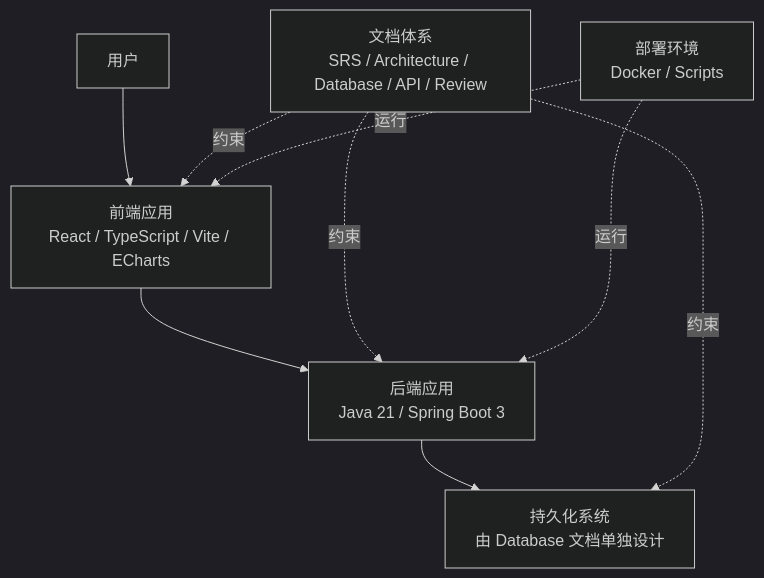
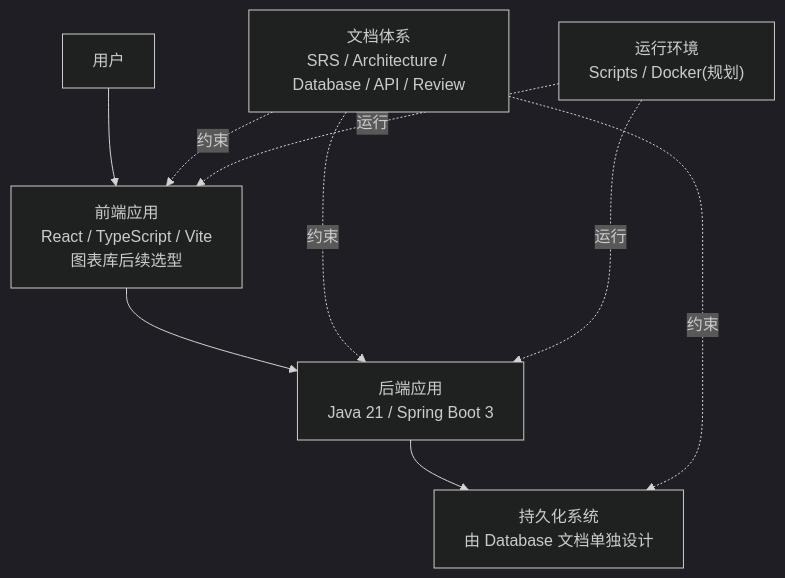
Before and after one commit to qianlixunbai/Personal-Finance-OS: the first of 3 diagrams in docs/03-Architecture/Architecture.md, drawn with Mermaid (dark theme). The commit also changed other lines of this file and 8 other files, not shown here.

````diff
--- a/docs/03-Architecture/Architecture.md
+++ b/docs/03-Architecture/Architecture.md
@@ -615,18 +617,18 @@
 ```mermaid
 flowchart TB
     User["用户"]
-    Frontend["前端应用<br/>React / TypeScript / Vite / ECharts"]
+    Frontend["前端应用<br/>React / TypeScript / Vite<br/>图表库后续选型"]
     Backend["后端应用<br/>Java 21 / Spring Boot 3"]
     Persistence["持久化系统<br/>由 Database 文档单独设计"]
     Docs["文档体系<br/>SRS / Architecture / Database / API / Review"]
-    Deploy["部署环境<br/>Docker / Scripts"]
+    Deploy["运行环境<br/>Scripts / Docker(规划)"]
 
     User --> Frontend
     Frontend --> Backend
     Backend --> Persistence
     Docs -.约束.-> Frontend
     Docs -.约束.-> Backend
     Docs -.约束.-> Persistence
     Deploy -.运行.-> Frontend
     Deploy -.运行.-> Backend
 ```
````
